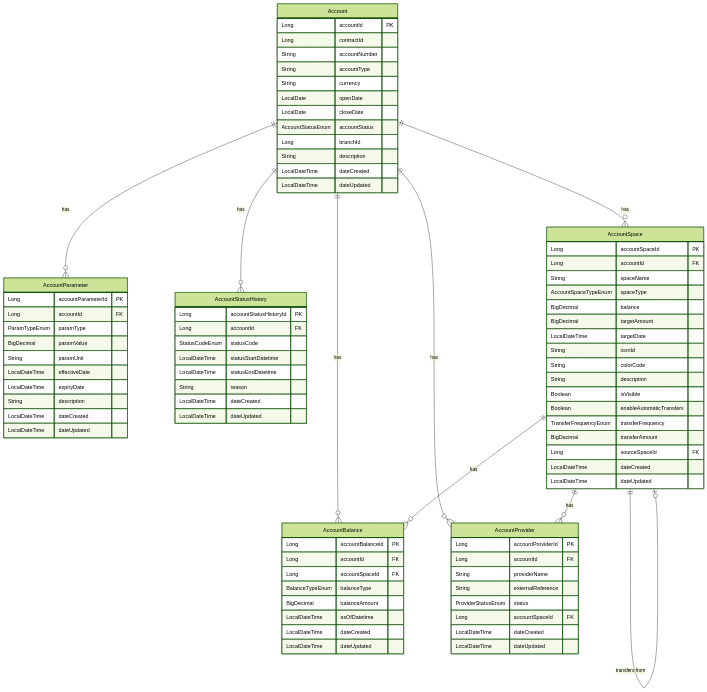
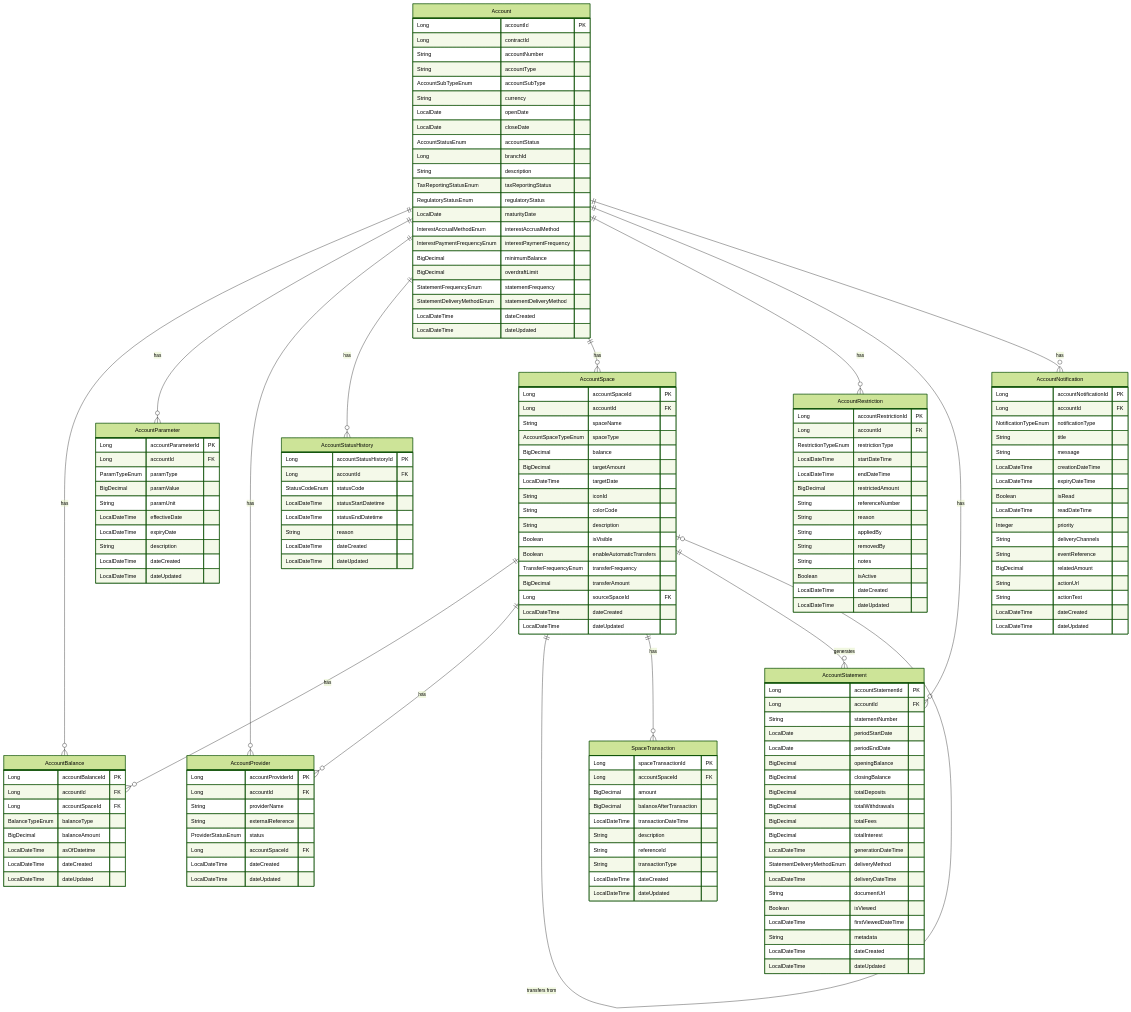
One commit to firefly-oss/core-banking-accounts changed the diagram in README.md. Above: the diagram before and after it, drawn with Mermaid (forest theme). The commit also changed other lines of this file, not shown here.

````diff
--- a/README.md
+++ b/README.md
@@ -97,21 +97,36 @@
     Account ||--o{ AccountProvider : "has"
     Account ||--o{ AccountStatusHistory : "has"
     Account ||--o{ AccountSpace : "has"
+    Account ||--o{ AccountRestriction : "has"
+    Account ||--o{ AccountStatement : "has"
+    Account ||--o{ AccountNotification : "has"
     AccountSpace ||--o{ AccountBalance : "has"
     AccountSpace ||--o{ AccountProvider : "has"
     AccountSpace ||--o| AccountSpace : "transfers from"
+    AccountSpace ||--o{ SpaceTransaction : "has"
+    AccountSpace ||--o{ AccountStatement : "generates"
 
     Account {
         Long accountId PK
         Long contractId
         String accountNumber
         String accountType
+        AccountSubTypeEnum accountSubType
         String currency
         LocalDate openDate
         LocalDate closeDate
         AccountStatusEnum accountStatus
         Long branchId
         String description
+        TaxReportingStatusEnum taxReportingStatus
+        RegulatoryStatusEnum regulatoryStatus
+        LocalDate maturityDate
+        InterestAccrualMethodEnum interestAccrualMethod
+        InterestPaymentFrequencyEnum interestPaymentFrequency
+        BigDecimal minimumBalance
+        BigDecimal overdraftLimit
+        StatementFrequencyEnum statementFrequency
+        StatementDeliveryMethodEnum statementDeliveryMethod
         LocalDateTime dateCreated
         LocalDateTime dateUpdated
     }
@@ -181,4 +196,77 @@
         LocalDateTime dateCreated
         LocalDateTime dateUpdated
     }
+
+    AccountRestriction {
+        Long accountRestrictionId PK
+        Long accountId FK
+        RestrictionTypeEnum restrictionType
+        LocalDateTime startDateTime
+        LocalDateTime endDateTime
+        BigDecimal restrictedAmount
+        String referenceNumber
+        String reason
+        String appliedBy
+        String removedBy
+        String notes
+        Boolean isActive
+        LocalDateTime dateCreated
+        LocalDateTime dateUpdated
+    }
+
+    AccountStatement {
+        Long accountStatementId PK
+        Long accountId FK
+        String statementNumber
+        LocalDate periodStartDate
+        LocalDate periodEndDate
+        BigDecimal openingBalance
+        BigDecimal closingBalance
+        BigDecimal totalDeposits
+        BigDecimal totalWithdrawals
+        BigDecimal totalFees
+        BigDecimal totalInterest
+        LocalDateTime generationDateTime
+        StatementDeliveryMethodEnum deliveryMethod
+        LocalDateTime deliveryDateTime
+        String documentUrl
+        Boolean isViewed
+        LocalDateTime firstViewedDateTime
+        String metadata
+        LocalDateTime dateCreated
+        LocalDateTime dateUpdated
+    }
+
+    SpaceTransaction {
+        Long spaceTransactionId PK
+        Long accountSpaceId FK
+        BigDecimal amount
+        BigDecimal balanceAfterTransaction
+        LocalDateTime transactionDateTime
+        String description
+        String referenceId
+        String transactionType
+        LocalDateTime dateCreated
+        LocalDateTime dateUpdated
+    }
+
+    AccountNotification {
+        Long accountNotificationId PK
+        Long accountId FK
+        NotificationTypeEnum notificationType
+        String title
+        String message
+        LocalDateTime creationDateTime
+        LocalDateTime expiryDateTime
+        Boolean isRead
+        LocalDateTime readDateTime
+        Integer priority
+        String deliveryChannels
+        String eventReference
+        BigDecimal relatedAmount
+        String actionUrl
+        String actionText
+        LocalDateTime dateCreated
+        LocalDateTime dateUpdated
+    }
 ```
````
